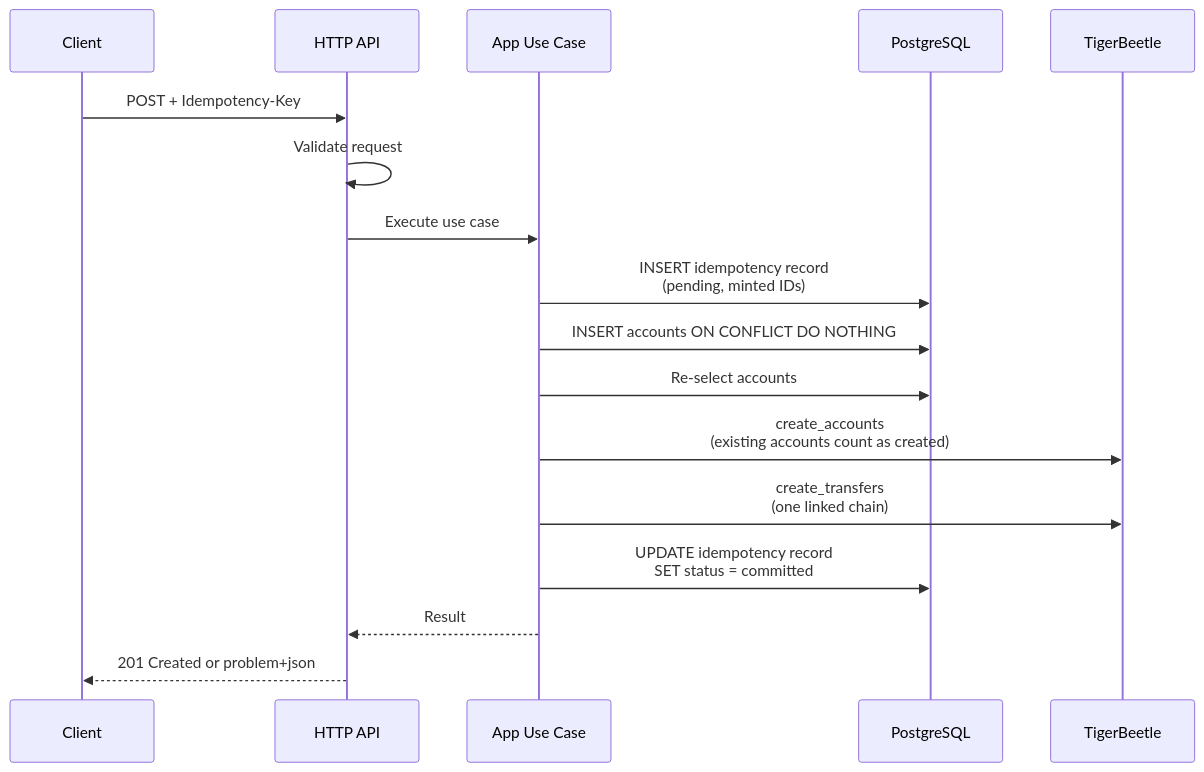
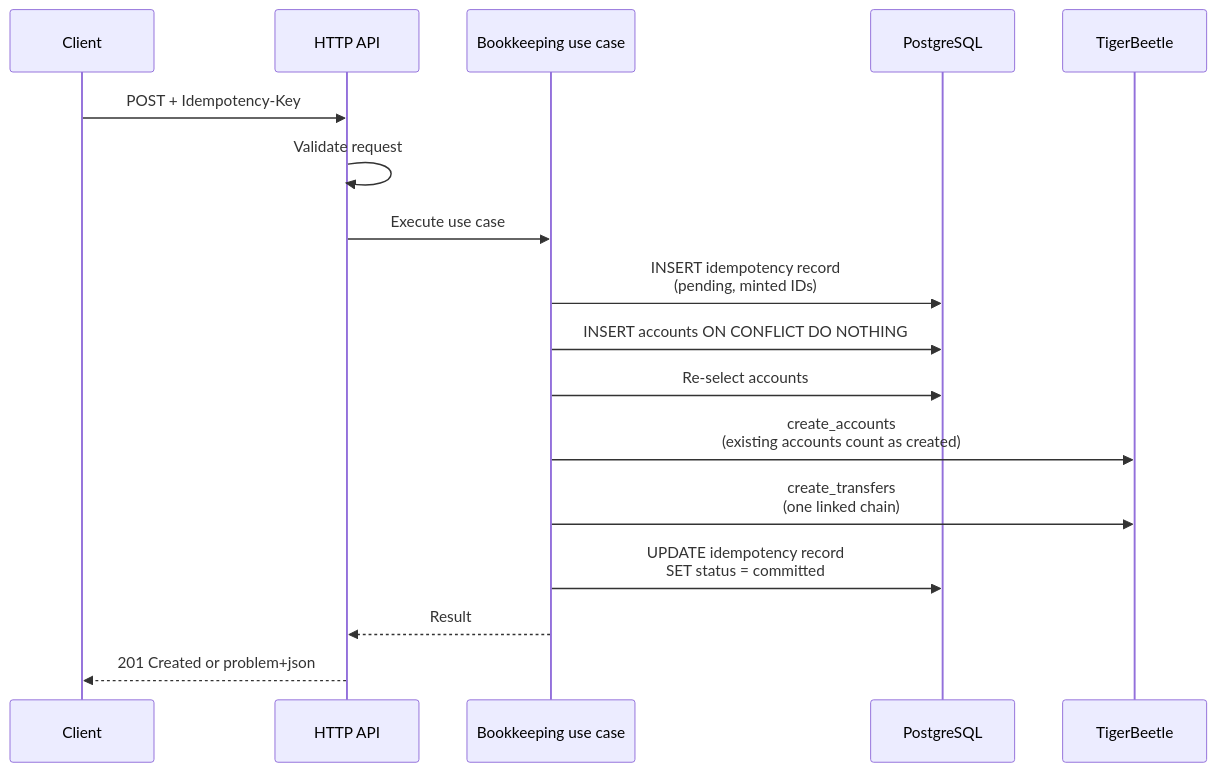
The diagram in docs/architecture.md (wilfriedago/tigerbeetle-platform), drawn with Mermaid before and after one commit. The commit also changed other lines of this file and 7 other files, not shown here.

````diff
--- a/docs/architecture.md
+++ b/docs/architecture.md
@@ -103,24 +128,24 @@
 ```mermaid
 sequenceDiagram
   participant C as Client
   participant H as HTTP API
-  participant A as App Use Case
+  participant A as Bookkeeping use case
   participant P as PostgreSQL
   participant T as TigerBeetle
 
   C->>H: POST + Idempotency-Key
   H->>H: Validate request
   H->>A: Execute use case
 
   A->>P: INSERT idempotency record<br/>(pending, minted IDs)
   A->>P: INSERT accounts ON CONFLICT DO NOTHING
   A->>P: Re-select accounts
 
   A->>T: create_accounts<br/>(existing accounts count as created)
   A->>T: create_transfers<br/>(one linked chain)
 
   A->>P: UPDATE idempotency record<br/>SET status = committed
 
   A-->>H: Result
   H-->>C: 201 Created or problem+json
 ```
````
